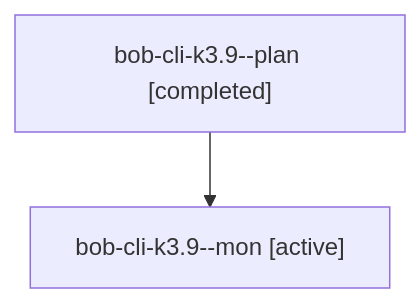
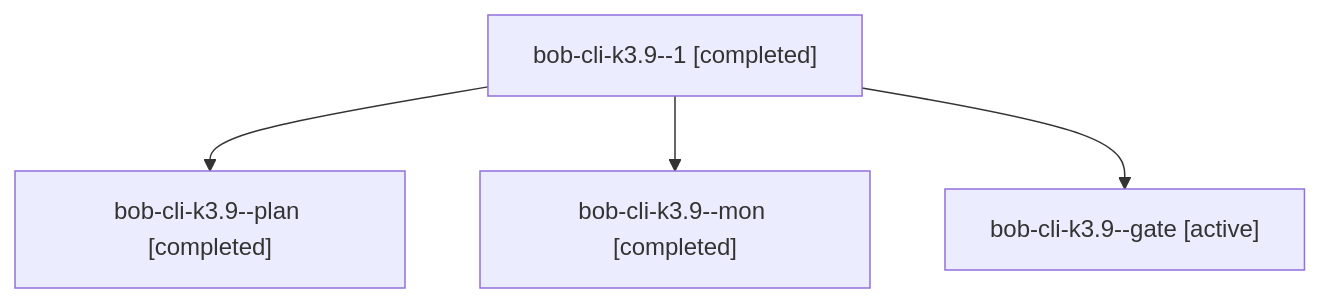
Before and after one commit to bobs-org/bob-cli--agents: the diagram in sessions/bbugyi200.athena.bob-cli-k3.9.md, drawn with Mermaid. The commit also changed other lines of this file and 121 other files, not shown here.

````diff
--- a/sessions/bbugyi200.athena.bob-cli-k3.9.md
+++ b/sessions/bbugyi200.athena.bob-cli-k3.9.md
@@ -9,6 +9,10 @@
 ```mermaid
 flowchart TD
-  n0["bob-cli-k3.9--plan [completed]"]
-  n1["bob-cli-k3.9--mon [active]"]
+  n0["bob-cli-k3.9--1 [completed]"]
+  n1["bob-cli-k3.9--plan [completed]"]
   n0 --> n1
+  n2["bob-cli-k3.9--mon [completed]"]
+  n0 --> n2
+  n3["bob-cli-k3.9--gate [active]"]
+  n0 --> n3
 ```
````
